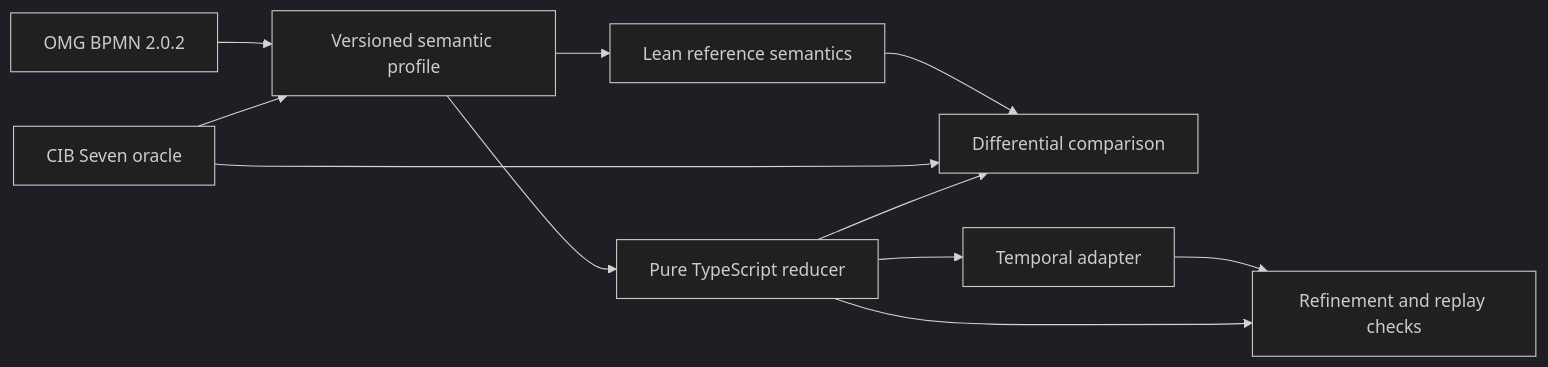
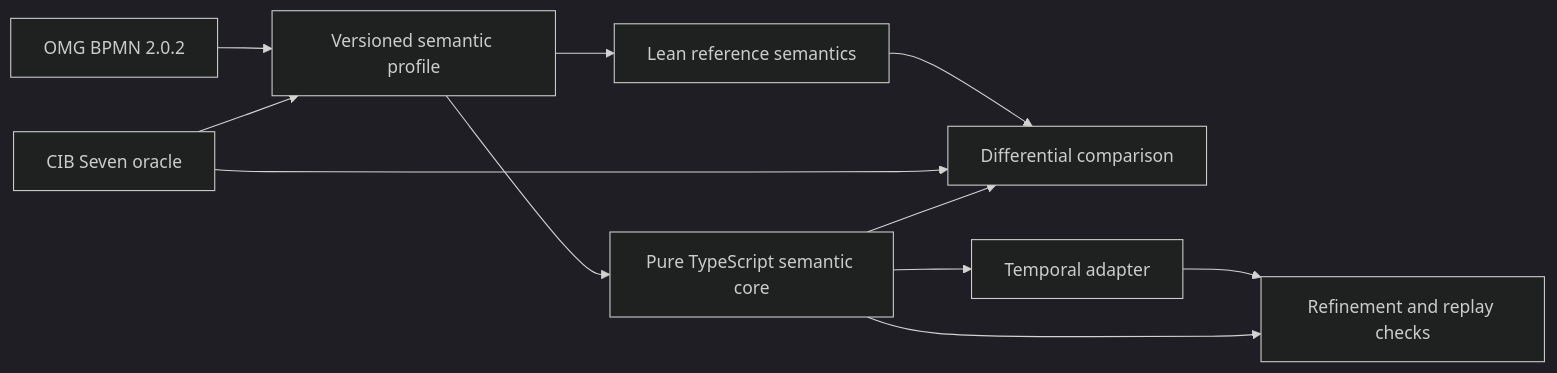
Before and after one commit to mbackschat/bpmn-lean-experiment: the diagram in README.md, drawn with Mermaid (dark theme). The commit also changed other lines of this file and 32 other files, not shown here.

````diff
--- a/README.md
+++ b/README.md
@@ -35,13 +35,13 @@
 ```mermaid
 flowchart LR
   Standard[OMG BPMN 2.0.2] --> Profile[Versioned semantic profile]
   CIB[CIB Seven oracle] --> Profile
   Profile --> Lean[Lean reference semantics]
-  Profile --> Reducer[Pure TypeScript reducer]
+  Profile --> SemanticCore[Pure TypeScript semantic core]
   Lean --> Diff[Differential comparison]
   CIB --> Diff
-  Reducer --> Diff
-  Reducer --> Adapter[Temporal adapter]
+  SemanticCore --> Diff
+  SemanticCore --> Adapter[Temporal adapter]
   Adapter --> Refine[Refinement and replay checks]
-  Reducer --> Refine
+  SemanticCore --> Refine
 ```
````
